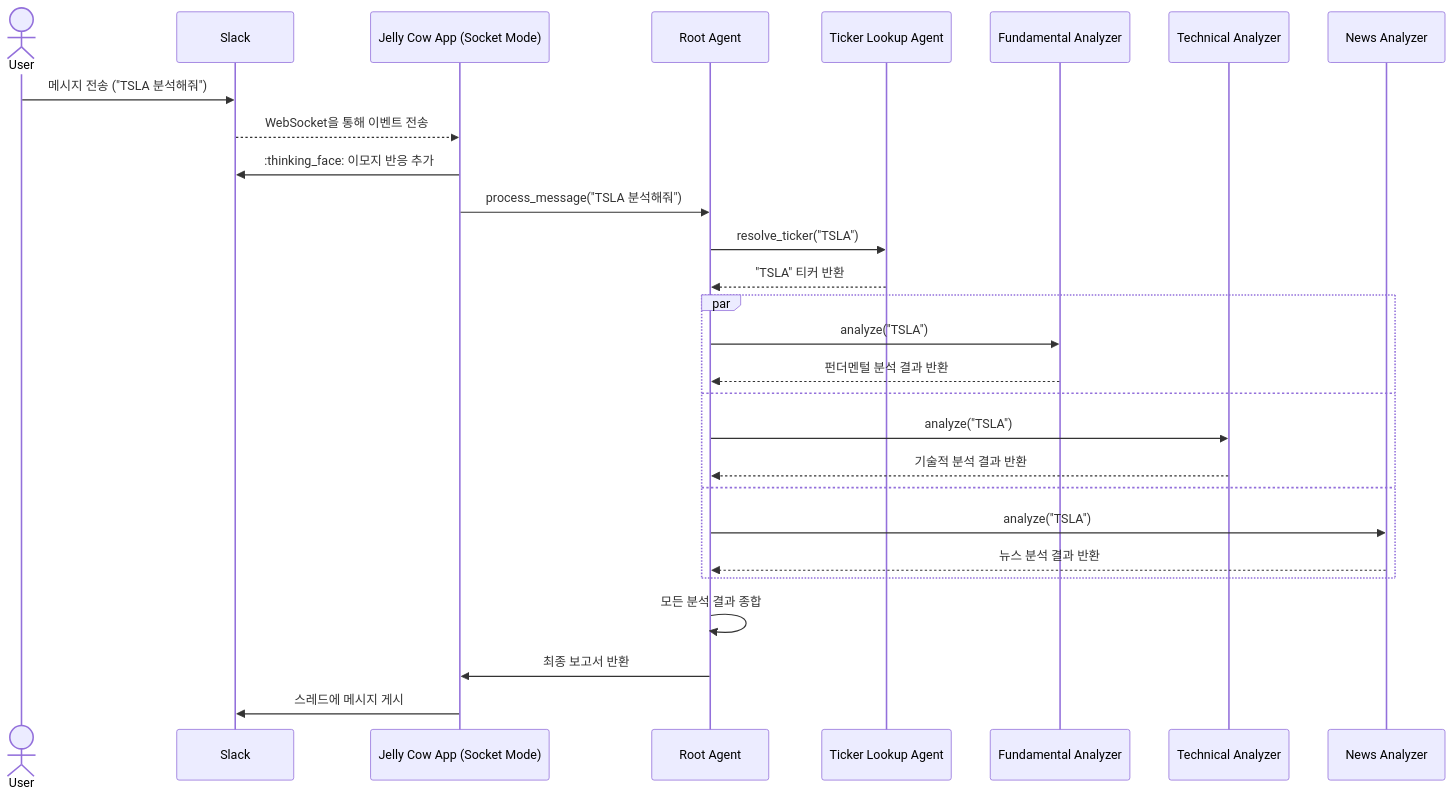
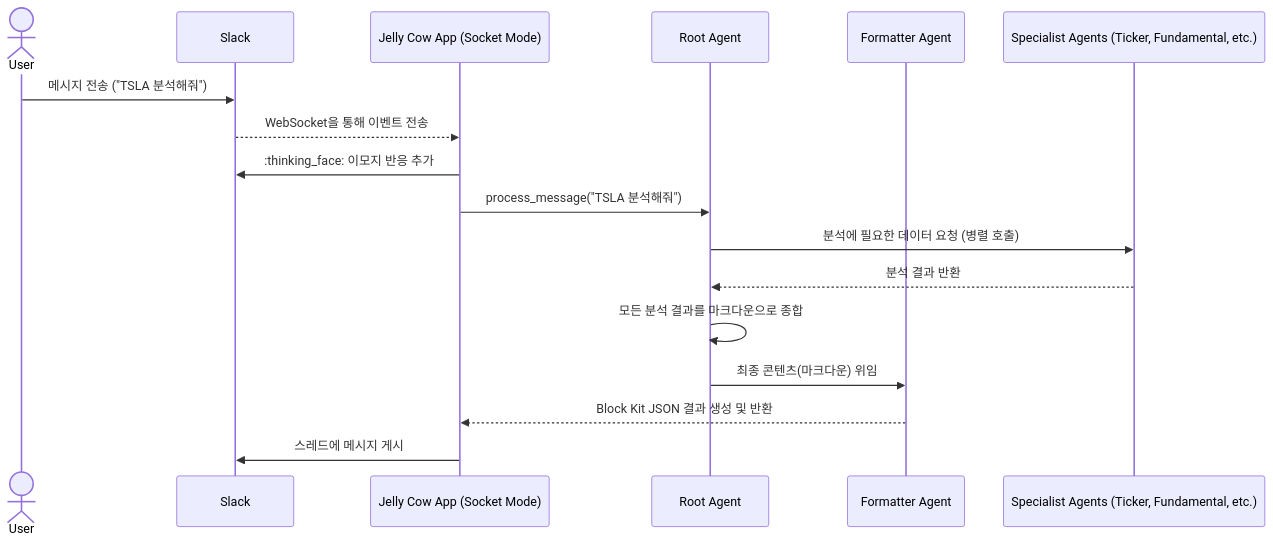
Before and after one commit to BerryGreatTi/jelly_cow: the diagram in README.md, drawn with Mermaid. The commit also changed other lines of this file and 8 other files, not shown here.

````diff
--- a/README.md
+++ b/README.md
@@ -21,34 +21,22 @@
 ```mermaid
 sequenceDiagram
     actor User
     participant Slack
     participant JellyCowApp as Jelly Cow App (Socket Mode)
     participant RootAgent as Root Agent
-    participant TickerLookupAgent as Ticker Lookup Agent
-    participant FundamentalAgent as Fundamental Analyzer
-    participant TechnicalAgent as Technical Analyzer
-    participant NewsAgent as News Analyzer
+    participant FormatterAgent as Formatter Agent
+    participant SpecialistAgents as Specialist Agents (Ticker, Fundamental, etc.)
 
     User->>Slack: 메시지 전송 ("TSLA 분석해줘")
     Slack-->>JellyCowApp: WebSocket을 통해 이벤트 전송
     JellyCowApp->>Slack: :thinking_face: 이모지 반응 추가
     JellyCowApp->>RootAgent: process_message("TSLA 분석해줘")
 
-    RootAgent->>TickerLookupAgent: resolve_ticker("TSLA")
-    TickerLookupAgent-->>RootAgent: "TSLA" 티커 반환
+    RootAgent->>SpecialistAgents: 분석에 필요한 데이터 요청 (병렬 호출)
+    SpecialistAgents-->>RootAgent: 분석 결과 반환
 
-    par
-        RootAgent->>FundamentalAgent: analyze("TSLA")
-        FundamentalAgent-->>RootAgent: 펀더멘털 분석 결과 반환
-    and
-        RootAgent->>TechnicalAgent: analyze("TSLA")
-        TechnicalAgent-->>RootAgent: 기술적 분석 결과 반환
-    and
-        RootAgent->>NewsAgent: analyze("TSLA")
-        NewsAgent-->>RootAgent: 뉴스 분석 결과 반환
-    end
-
-    RootAgent->>RootAgent: 모든 분석 결과 종합
-    RootAgent->>JellyCowApp: 최종 보고서 반환
+    RootAgent->>RootAgent: 모든 분석 결과를 마크다운으로 종합
+    RootAgent->>FormatterAgent: 최종 콘텐츠(마크다운) 위임
+    FormatterAgent-->>JellyCowApp: Block Kit JSON 결과 생성 및 반환
     JellyCowApp->>Slack: 스레드에 메시지 게시
 ```
````
